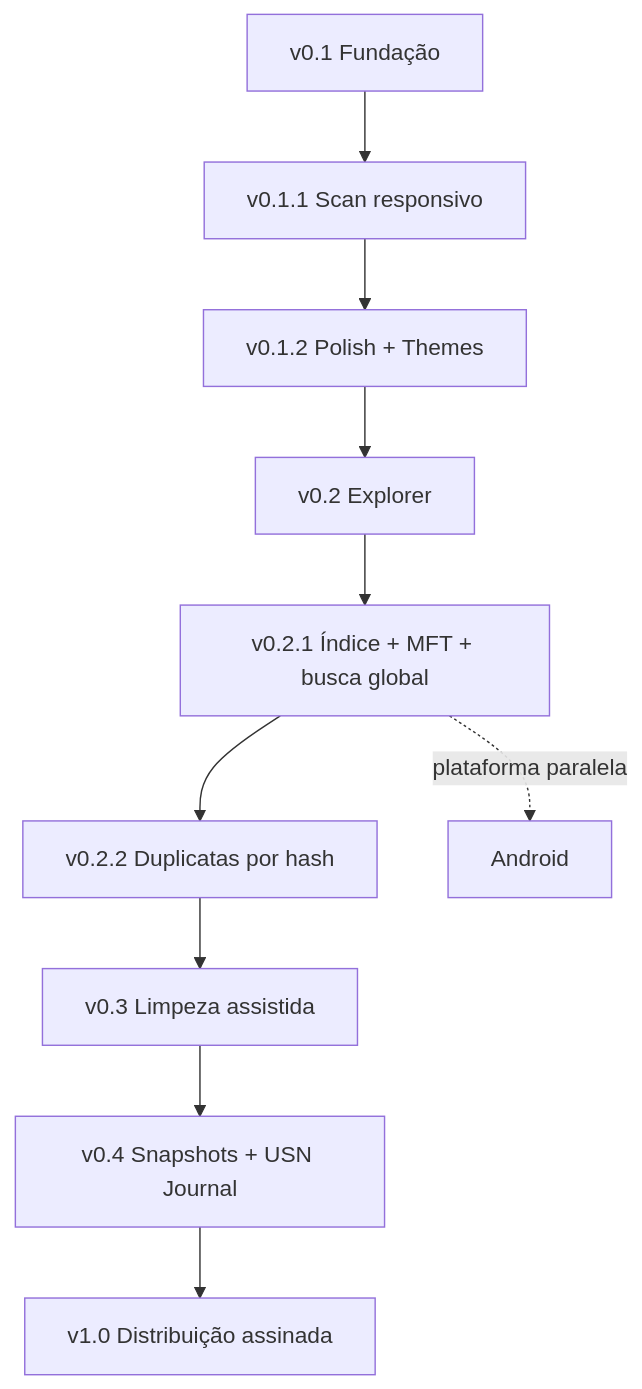
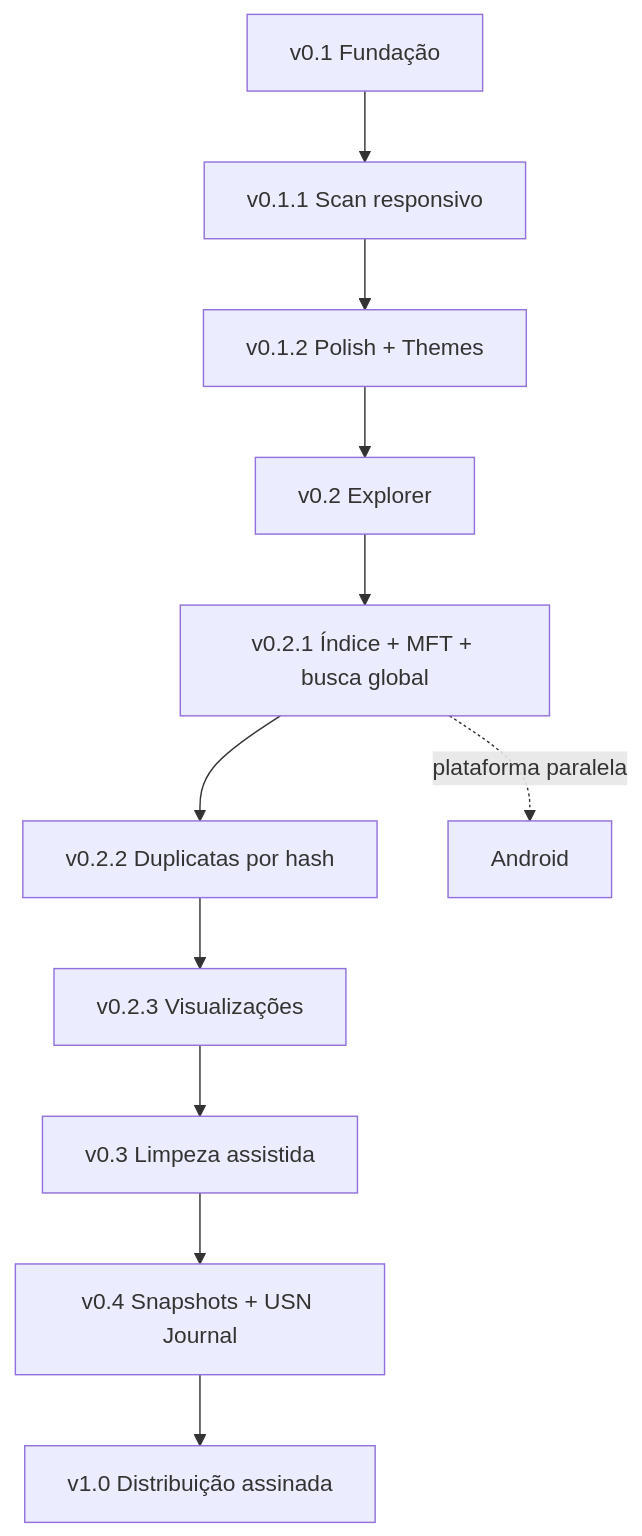
One commit to tombemol/L.I.V.I.A changed the fourth of 4 diagrams in README.md. Above: the diagram before and after it, drawn with Mermaid. The commit also changed other lines of this file and 5 other files, not shown here.

````diff
--- a/README.md
+++ b/README.md
@@ -201,12 +220,13 @@
 ```mermaid
 flowchart TD
     A[v0.1 Fundação] --> B[v0.1.1 Scan responsivo]
     B --> C[v0.1.2 Polish + Themes]
     C --> D[v0.2 Explorer]
     D --> E[v0.2.1 Índice + MFT + busca global]
     E --> F[v0.2.2 Duplicatas por hash]
-    F --> G[v0.3 Limpeza assistida]
+    F --> V[v0.2.3 Visualizações]
+    V --> G[v0.3 Limpeza assistida]
     G --> H[v0.4 Snapshots + USN Journal]
     H --> I[v1.0 Distribuição assinada]
     E -. plataforma paralela .-> J[Android]
 ```
````
